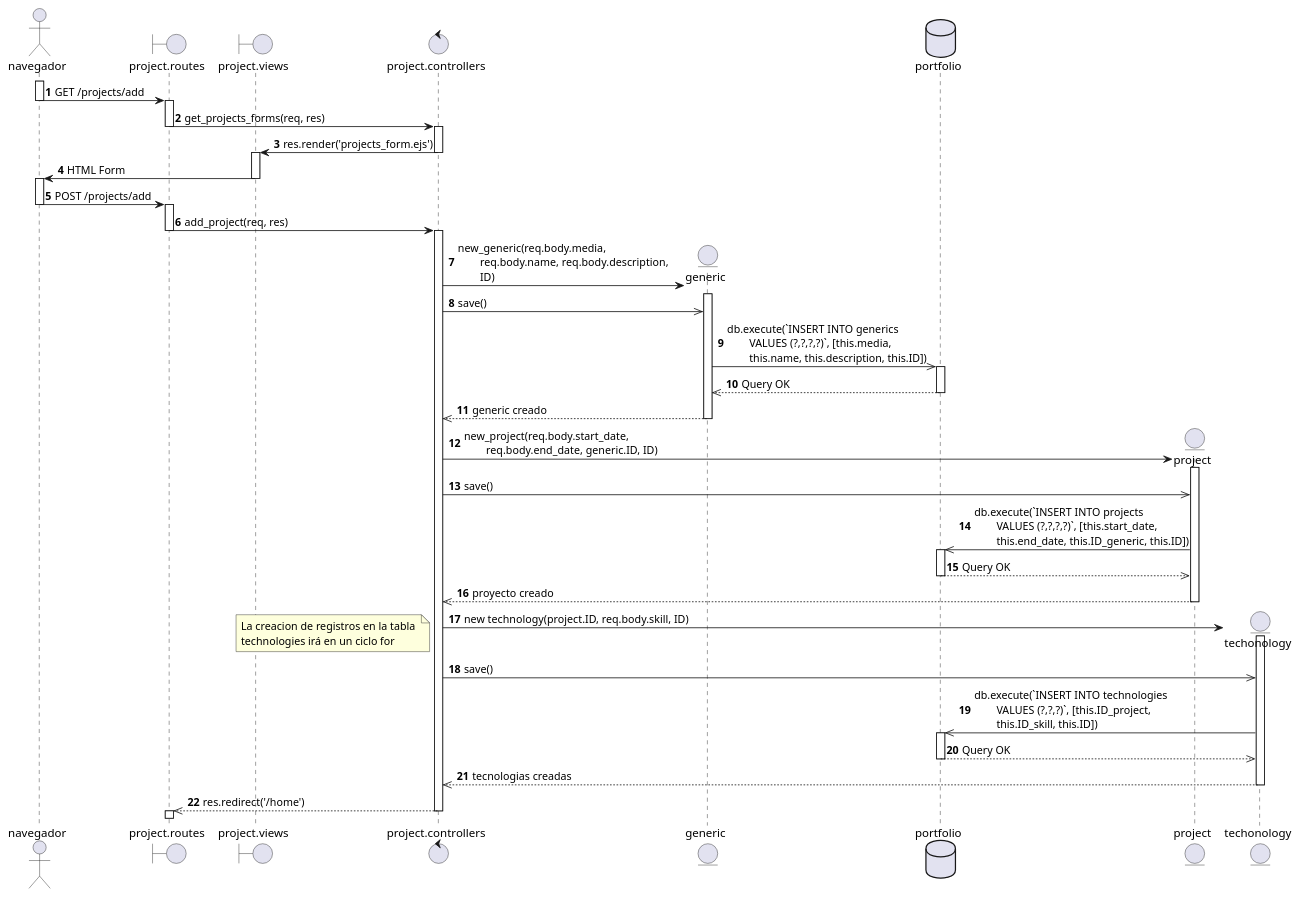
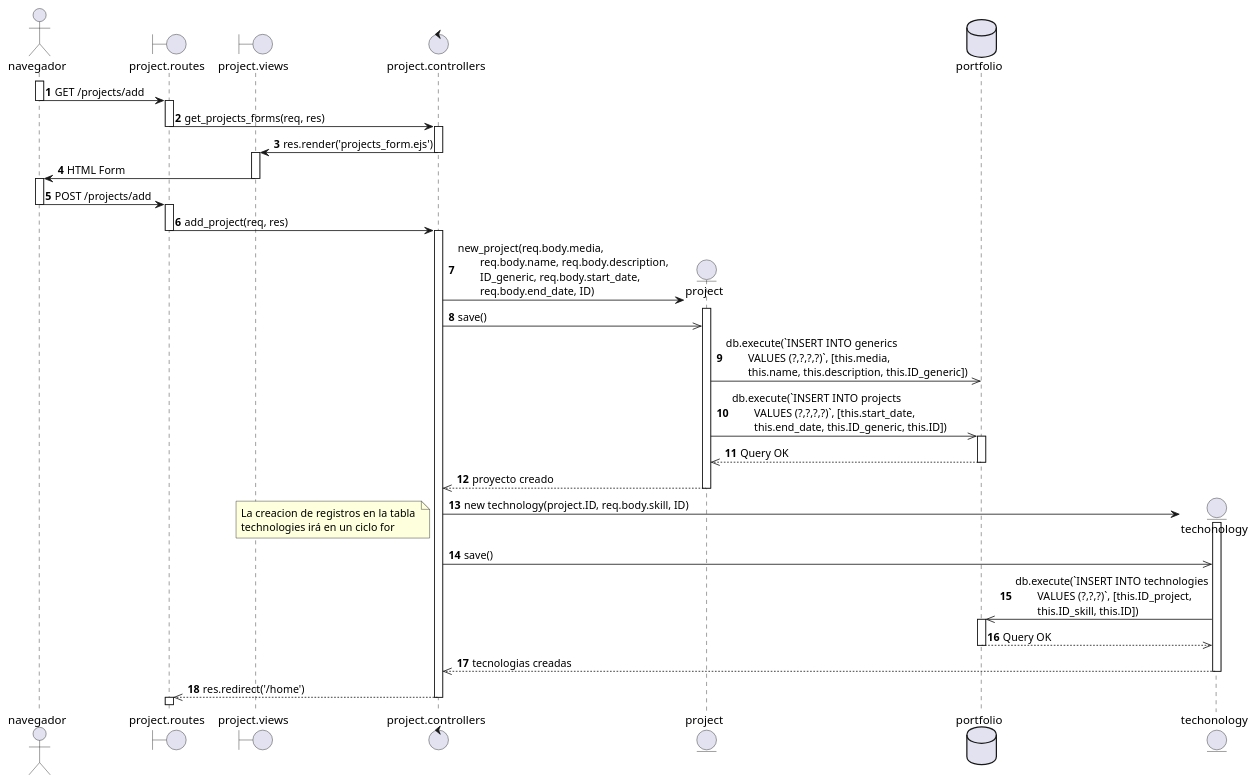
One commit to YaelChar417/portfolio changed the diagram in Diagramas/Secuencia/CU07_A_Registrar_proyecto.puml. Above: the diagram before and after it, drawn with PlantUML. The commit also changed 1 other file, not shown here.

Commit message:
Update: clase Project modificada en diagrama de secuencia del CU07 para simplificar proceso

```diff
--- a/Diagramas/Secuencia/CU07_A_Registrar_proyecto.puml
+++ b/Diagramas/Secuencia/CU07_A_Registrar_proyecto.puml
@@ -1,88 +1,75 @@
 @startuml 
 
 autonumber
 
 actor navegador as nav
 boundary "project.routes" as routes
 boundary "project.views" as view
 control "project.controllers" as controller
 
 
 activate nav
 nav -> routes: GET /projects/add
 deactivate nav
 
 activate routes
 routes -> controller: get_projects_forms(req, res)
 deactivate routes
 
 activate controller
 controller -> view: res.render('projects_form.ejs')
 deactivate controller
 
 activate view
 view -> nav: HTML Form
 deactivate view
 
 activate nav
 nav -> routes: POST /projects/add
 deactivate nav
 
 activate routes
 routes -> controller: add_project(req, res)
 deactivate routes
 
 activate controller
-    create entity generic
-controller -> generic: new_generic(req.body.media, \n\treq.body.name, req.body.description, \n\tID)
+create entity project
+database portfolio as db  
 
-activate generic
-controller ->> generic: save()
-
-database portfolio as db   
-
-generic ->> db: db.execute(`INSERT INTO generics \n\tVALUES (?,?,?,?)`, [this.media, \n\tthis.name, this.description, this.ID])
-
-activate db
-db -->> generic: Query OK
-deactivate db
-
-generic -->> controller: generic creado
-deactivate generic
-    create entity project
-
-controller -> project: new_project(req.body.start_date, \n\treq.body.end_date, generic.ID, ID)
+controller -> project: new_project(req.body.media, \n\treq.body.name, req.body.description, \n\tID_generic, req.body.start_date, \n\treq.body.end_date, ID)
 activate project
 controller ->> project: save()
+
+project ->> db: db.execute(`INSERT INTO generics \n\tVALUES (?,?,?,?)`, [this.media, \n\tthis.name, this.description, this.ID_generic])
 
 project ->> db: db.execute(`INSERT INTO projects \n\tVALUES (?,?,?,?)`, [this.start_date, \n\tthis.end_date, this.ID_generic, this.ID])
 
 activate db
 db -->> project: Query OK
 deactivate db
 
 project -->> controller: proyecto creado
 deactivate project
 
 create entity techonology as tec
 
 controller -> tec: new technology(project.ID, req.body.skill, ID)
 note left: La creacion de registros en la tabla \ntechnologies irá en un ciclo for
 
 activate tec
 controller ->> tec: save()
 
 tec ->> db: db.execute(`INSERT INTO technologies \n\tVALUES (?,?,?)`, [this.ID_project, \n\tthis.ID_skill, this.ID])
 
 activate db
 db -->> tec: Query OK
 deactivate db
 
 tec -->> controller: tecnologias creadas
 deactivate tec
 
 controller -->> routes: res.redirect('/home')
 deactivate controller
 activate routes
 
 @enduml
```
